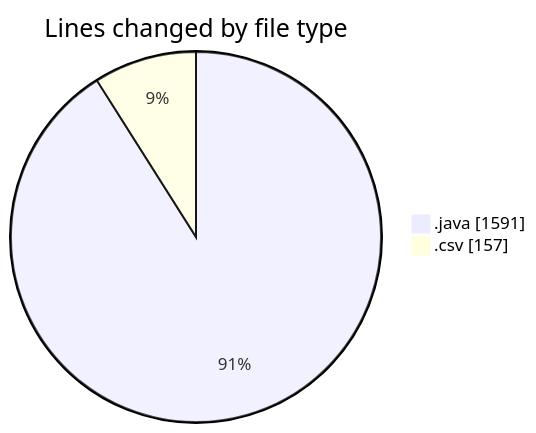
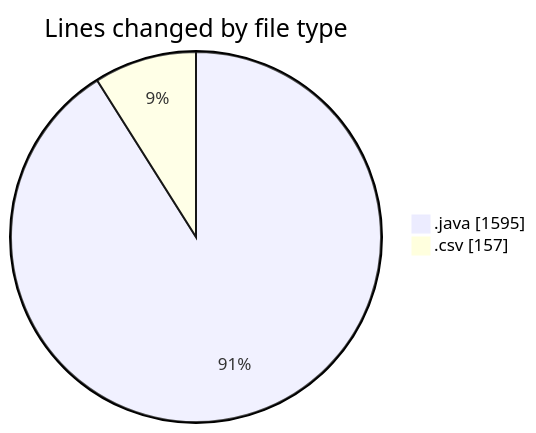
One commit to ricardozamudiocil/code-tracking changed the first of 2 diagrams in 2026-03-24/cilapp/README.md. Above: the diagram before and after it, drawn with Mermaid. The commit also changed other lines of this file and 1 other file, not shown here.

````diff
--- a/2026-03-24/cilapp/README.md
+++ b/2026-03-24/cilapp/README.md
@@ -25,6 +25,6 @@
 ```mermaid
 pie showData
 title Lines changed by file type
-".java" : 1591
+".java" : 1595
 ".csv" : 157
 ```
````
